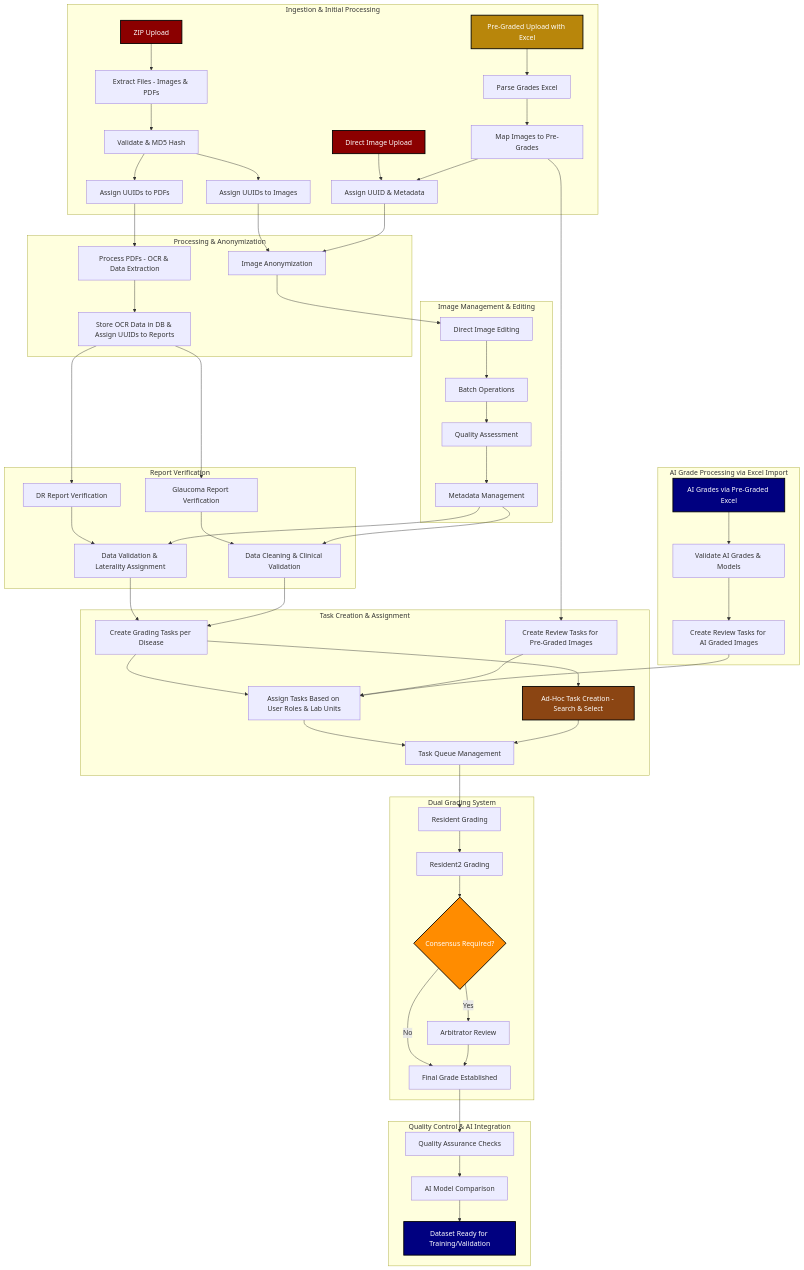
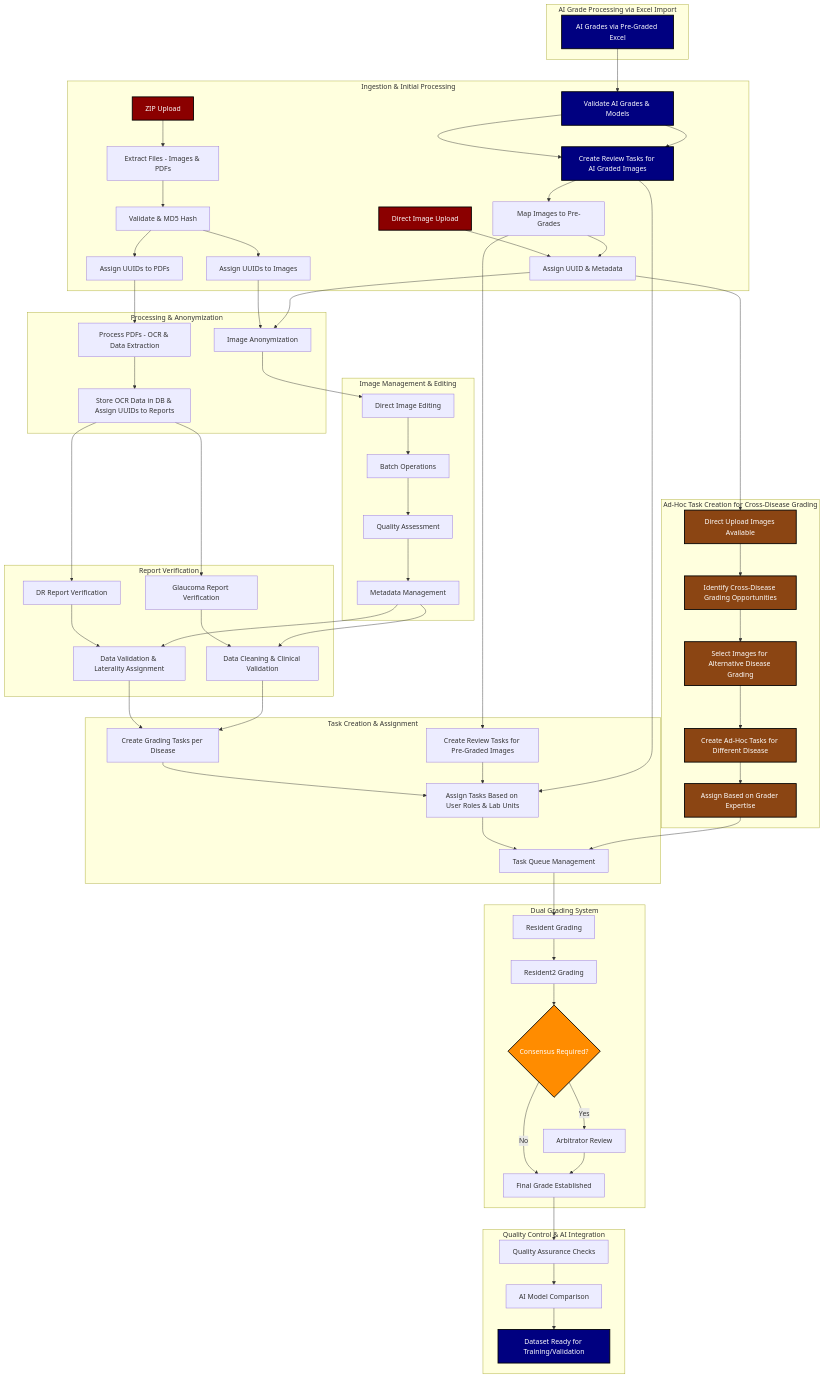
Before and after one commit to drguptavivek/fundus_img_xtract: the first of 3 diagrams in README.md, drawn with Mermaid. The commit also changed other lines of this file, not shown here.

````diff
--- a/README.md
+++ b/README.md
@@ -685,17 +685,23 @@
         L --> M[Assign Tasks Based on User Roles & Lab Units];
         M --> N[Task Queue Management];
 
-        L --> AA["Ad-Hoc Task Creation - Search & Select"];
-        AA --> N;
-
         II --> JJ[Create Review Tasks for Pre-Graded Images];
         JJ --> M;
     end
 
+    subgraph Ad-Hoc Task Creation for Cross-Disease Grading
+        F --> AA["Direct Upload Images Available"];
+        AA --> BB["Identify Cross-Disease Grading Opportunities"];
+        BB --> CC["Select Images for Alternative Disease Grading"];
+        CC --> DD["Create Ad-Hoc Tasks for Different Disease"];
+        DD --> EE["Assign Based on Grader Expertise"];
+        EE --> N;
+    end
+
     subgraph AI Grade Processing via Excel Import
-        BB["AI Grades via Pre-Graded Excel"] --> CC["Validate AI Grades & Models"];
-        CC --> DD[Create Review Tasks for AI Graded Images];
-        DD --> M;
+        FF["AI Grades via Pre-Graded Excel"] --> GG["Validate AI Grades & Models"];
+        GG --> HH["Create Review Tasks for AI Graded Images"];
+        HH --> M;
     end
 
     subgraph Dual Grading System
@@ -715,9 +721,14 @@
 
     style A fill:#8B0000,stroke:#000,stroke-width:2px,color:#fff;
     style E fill:#8B0000,stroke:#000,stroke-width:2px,color:#fff;
-    style BB fill:#000080,stroke:#000,stroke-width:2px,color:#fff;
-    style AA fill:#8B4513,stroke:#000,stroke-width:2px,color:#fff;
-    style GG fill:#B8860B,stroke:#000,stroke-width:2px,color:#fff;
+    style FF fill:#000080,stroke:#000,stroke-width:2px,color:#fff;
+    style GG fill:#000080,stroke:#000,stroke-width:2px,color:#fff;
+    style HH fill:#000080,stroke:#000,stroke-width:2px,color:#fff;
     style V fill:#000080,stroke:#000,stroke-width:2px,color:#fff;
     style Q fill:#FF8C00,stroke:#000,stroke-width:2px,color:#fff;
+    style AA fill:#8B4513,stroke:#000,stroke-width:2px,color:#fff;
+    style BB fill:#8B4513,stroke:#000,stroke-width:2px,color:#fff;
+    style CC fill:#8B4513,stroke:#000,stroke-width:2px,color:#fff;
+    style DD fill:#8B4513,stroke:#000,stroke-width:2px,color:#fff;
+    style EE fill:#8B4513,stroke:#000,stroke-width:2px,color:#fff;
 ```
````
